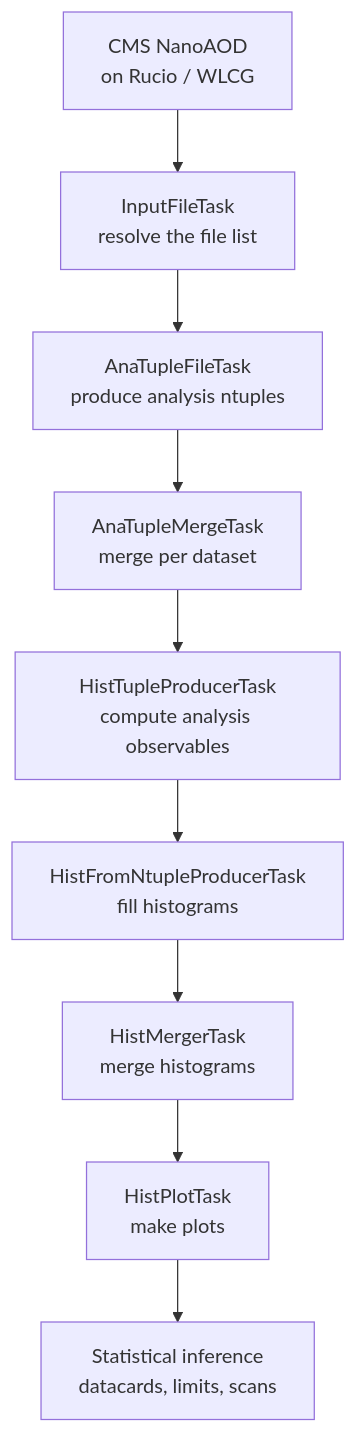
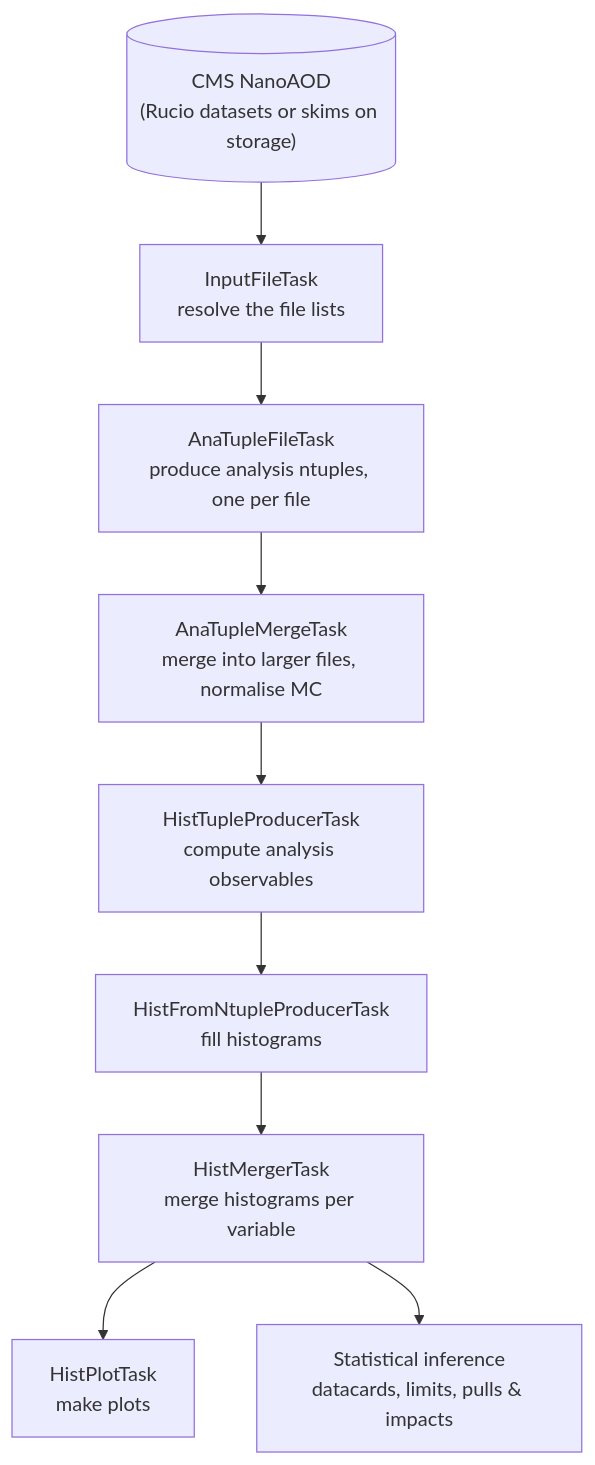
Before and after one commit to cms-flaf/FLAF: the diagram in docs/index.md, drawn with Mermaid. The commit also changed other lines of this file and 29 other files, not shown here.

Commit message:
Fix the C++ formatting check and bring the docs in line with the code, with legible and new mermaid diagrams (#327)

````diff
--- a/docs/index.md
+++ b/docs/index.md
@@ -24,11 +25,11 @@
 ```mermaid
 flowchart TD
-    NANO[CMS NanoAOD<br/>on Rucio / WLCG] --> IFT[InputFileTask<br/>resolve the file list]
-    IFT --> ATF[AnaTupleFileTask<br/>produce analysis ntuples]
-    ATF --> ATM[AnaTupleMergeTask<br/>merge per dataset]
-    ATM --> HTP[HistTupleProducerTask<br/>compute analysis observables]
-    HTP --> HFN[HistFromNtupleProducerTask<br/>fill histograms]
-    HFN --> HM[HistMergerTask<br/>merge histograms]
-    HM --> HP[HistPlotTask<br/>make plots]
-    HP --> STAT[Statistical inference<br/>datacards, limits, scans]
+    NANO[("CMS NanoAOD<br/>(Rucio datasets or skims on storage)")] --> IFT["InputFileTask<br/>resolve the file lists"]
+    IFT --> ATF["AnaTupleFileTask<br/>produce analysis ntuples, one per file"]
+    ATF --> ATM["AnaTupleMergeTask<br/>merge into larger files, normalise MC"]
+    ATM --> HTP["HistTupleProducerTask<br/>compute analysis observables"]
+    HTP --> HFN["HistFromNtupleProducerTask<br/>fill histograms"]
+    HFN --> HM["HistMergerTask<br/>merge histograms per variable"]
+    HM --> HP["HistPlotTask<br/>make plots"]
+    HM --> STAT["Statistical inference<br/>datacards, limits, pulls & impacts"]
 ```
````
